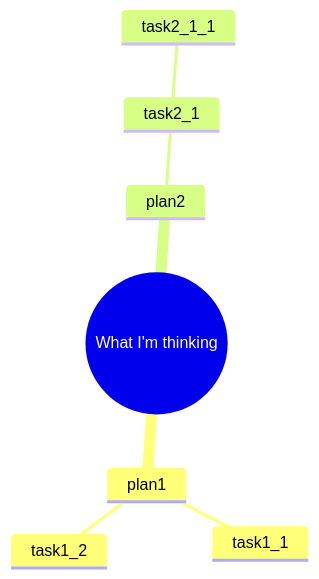
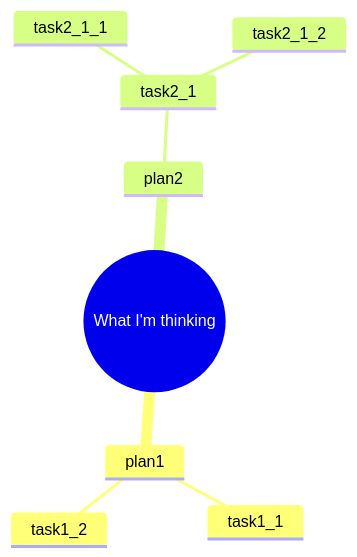
One commit to tsu-git/util changed the diagram in Mermaid_works/test.md. Above: the diagram before and after it, drawn with Mermaid.

Commit message:
Testing for commiting

````diff
--- a/Mermaid_works/test.md
+++ b/Mermaid_works/test.md
@@ -1,10 +1,11 @@
 ```mermaid
     mindmap
         root((What I'm thinking))
             plan1
                 task1_1
                 task1_2
             plan2
                 task2_1
                     task2_1_1
+                    task2_1_2
 ```
````
